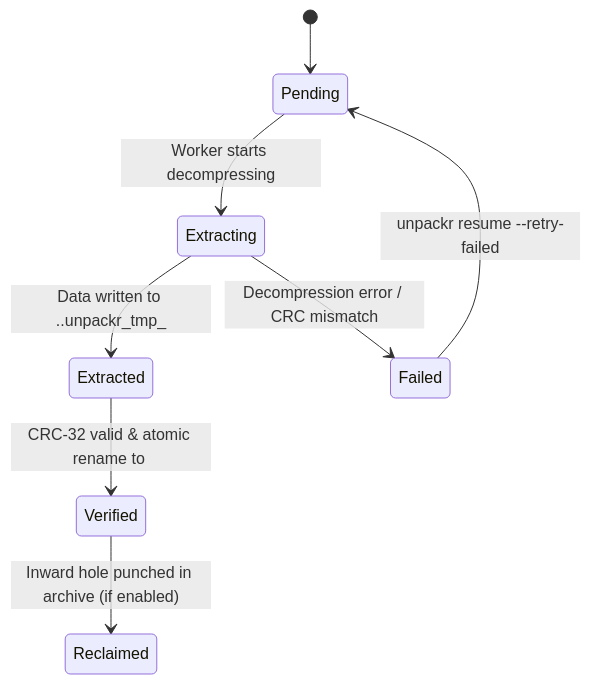
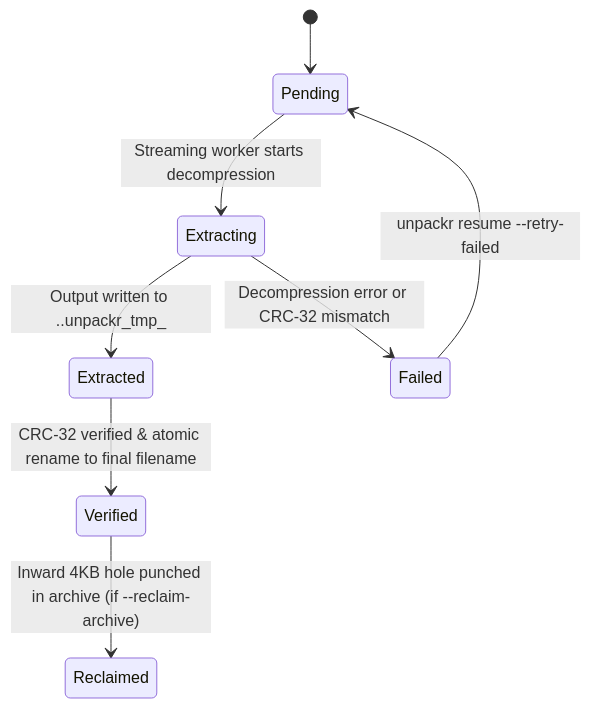
Before and after one commit to RahulKumar-007/Unpackr: the diagram in README.md, drawn with Mermaid. The commit also changed other lines of this file and 1 other file, not shown here.

````diff
--- a/README.md
+++ b/README.md
@@ -358,10 +110,10 @@
 ```mermaid
 stateDiagram-v2
     [*] --> Pending
-    Pending --> Extracting: Worker starts decompressing
-    Extracting --> Extracted: Data written to .<name>.unpackr_tmp_<pid>
-    Extracted --> Verified: CRC-32 valid & atomic rename to <name>
-    Verified --> Reclaimed: Inward hole punched in archive (if enabled)
-    Extracting --> Failed: Decompression error / CRC mismatch
+    Pending --> Extracting: Streaming worker starts decompression
+    Extracting --> Extracted: Output written to .<name>.unpackr_tmp_<pid>
+    Extracted --> Verified: CRC-32 verified & atomic rename to final filename
+    Verified --> Reclaimed: Inward 4KB hole punched in archive (if --reclaim-archive)
+    Extracting --> Failed: Decompression error or CRC-32 mismatch
     Failed --> Pending: unpackr resume --retry-failed
 ```
````
